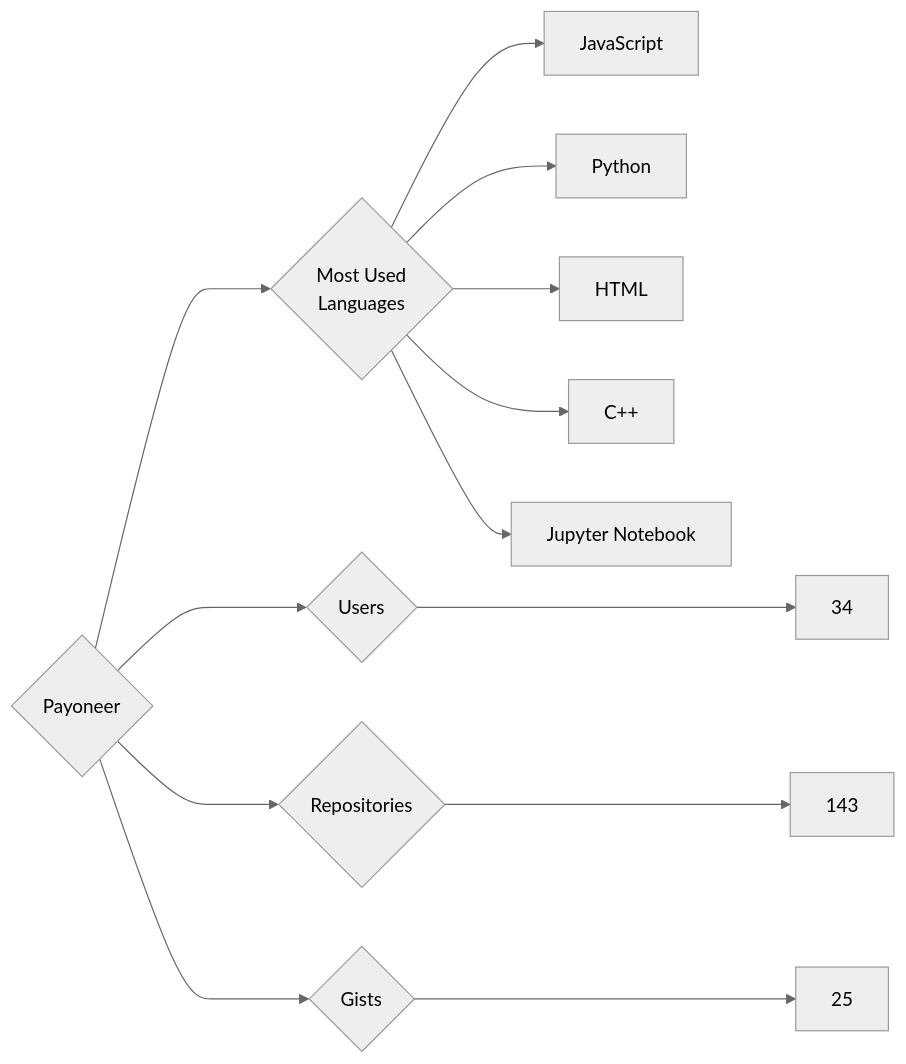
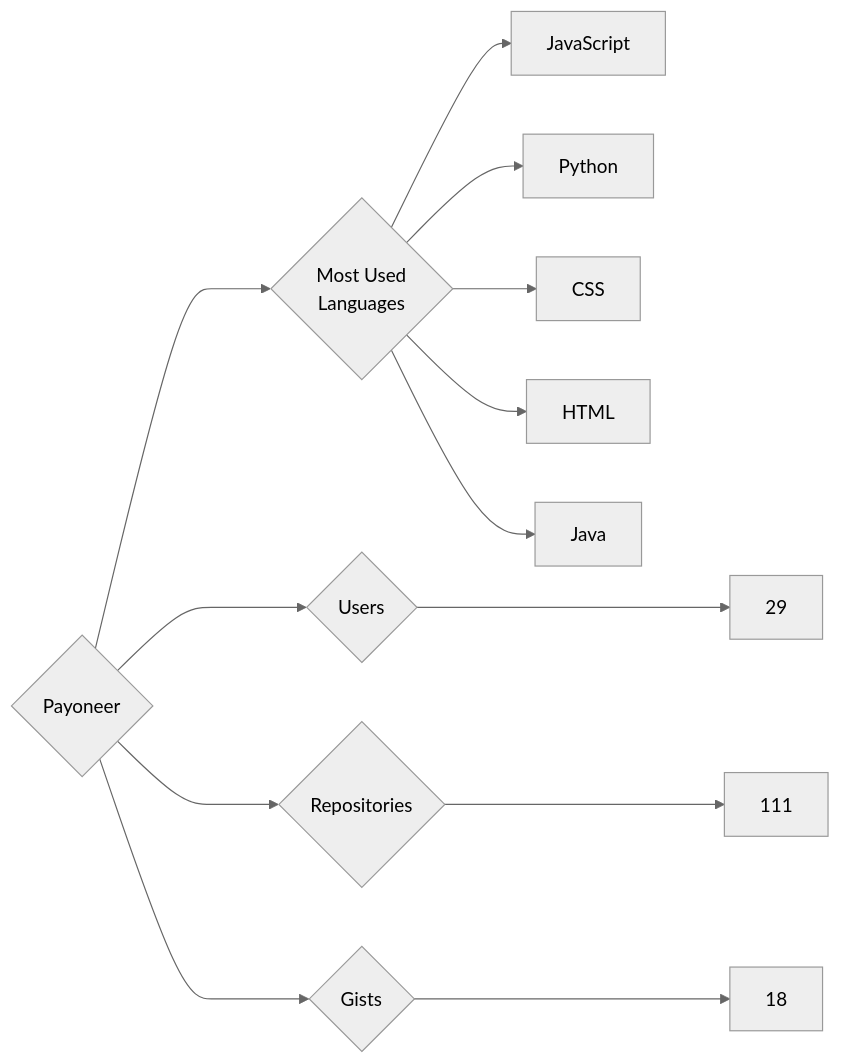
The diagram in targets/Payoneer/README.md (trickest/insiders), drawn with Mermaid (neutral theme) before and after one commit. The commit also changed 695 other files, not shown here.

````diff
--- a/targets/Payoneer/README.md
+++ b/targets/Payoneer/README.md
@@ -3,13 +3,13 @@
 ```mermaid
 graph LR
 COMPANY_NAME{Payoneer}
-COMPANY_NAME ---> U{Users} ---> UN[34]
-COMPANY_NAME ---> R{Repositories} ---> RN[143]
-COMPANY_NAME ---> G{Gists} ---> GN[25]
+COMPANY_NAME ---> U{Users} ---> UN[29]
+COMPANY_NAME ---> R{Repositories} ---> RN[111]
+COMPANY_NAME ---> G{Gists} ---> GN[18]
 COMPANY_NAME ---> ML{Most Used<br>Languages}
 ML --> JavaScript[JavaScript]
 ML --> Python[Python]
+ML --> CSS[CSS]
 ML --> HTML[HTML]
-ML --> C++[C++]
-ML --> Jupyter_Notebook[Jupyter Notebook]
+ML --> Java[Java]
 ```
````
